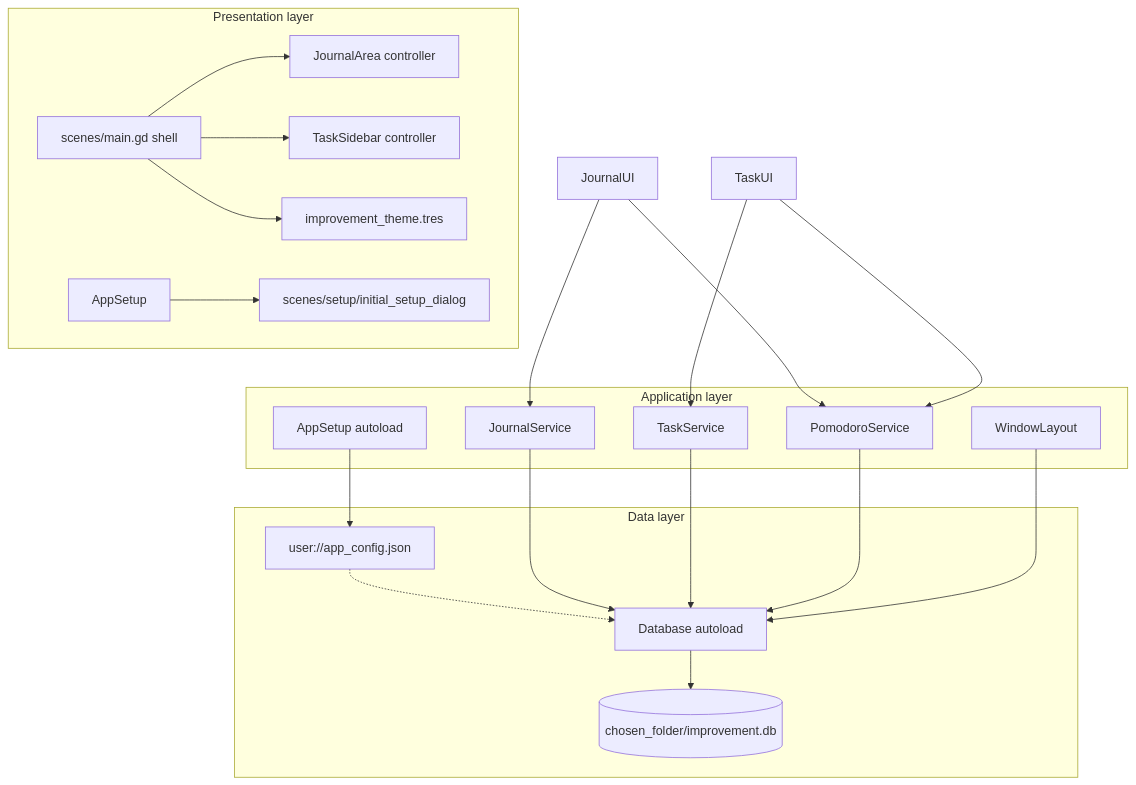
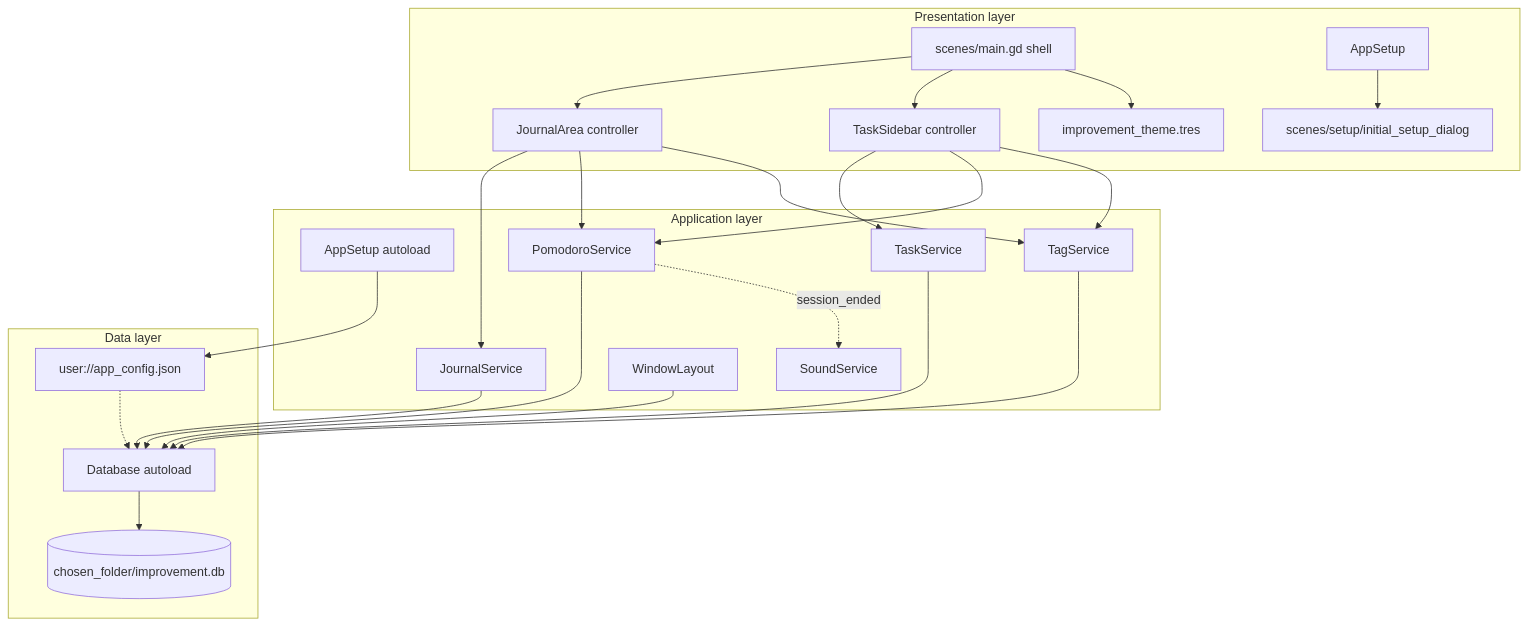
One commit to dgraham-io/improvement changed the diagram in docs/architecture.md. Above: the diagram before and after it, drawn with Mermaid. The commit also changed other lines of this file and 3 other files, not shown here.

````diff
--- a/docs/architecture.md
+++ b/docs/architecture.md
@@ -27,40 +27,46 @@
 ```mermaid
 flowchart TB
   subgraph presentation [Presentation layer]
 	Main[scenes/main.gd shell]
 	Setup[scenes/setup/initial_setup_dialog]
 	JournalArea[JournalArea controller]
 	TaskSidebar[TaskSidebar controller]
 	Theme[improvement_theme.tres]
 	Main --> JournalArea
 	Main --> TaskSidebar
 	Main --> Theme
 	AppSetup --> Setup
   end
 
   subgraph application [Application layer]
 	AppSetupSvc[AppSetup autoload]
 	JournalSvc[JournalService]
 	TaskSvc[TaskService]
+	TagSvc[TagService]
 	TimerSvc[PomodoroService]
+	SoundSvc[SoundService]
 	WinLayout[WindowLayout]
   end
 
   subgraph data [Data layer]
 	AppConfig[user://app_config.json]
 	DbAutoload[Database autoload]
 	SQLite[(chosen_folder/improvement.db)]
 	DbAutoload --> SQLite
 	AppConfig -.-> DbAutoload
   end
 
-  JournalUI --> JournalSvc
-  TaskUI --> TaskSvc
-  JournalUI --> TimerSvc
-  TaskUI --> TimerSvc
+  JournalArea --> JournalSvc
+  TaskSidebar --> TaskSvc
+  JournalArea --> TimerSvc
+  TaskSidebar --> TimerSvc
+  JournalArea --> TagSvc
+  TaskSidebar --> TagSvc
   JournalSvc --> DbAutoload
   TaskSvc --> DbAutoload
+  TagSvc --> DbAutoload
   TimerSvc --> DbAutoload
+  TimerSvc -. session_ended .-> SoundSvc
   WinLayout --> DbAutoload
   AppSetupSvc --> AppConfig
 ```
````
